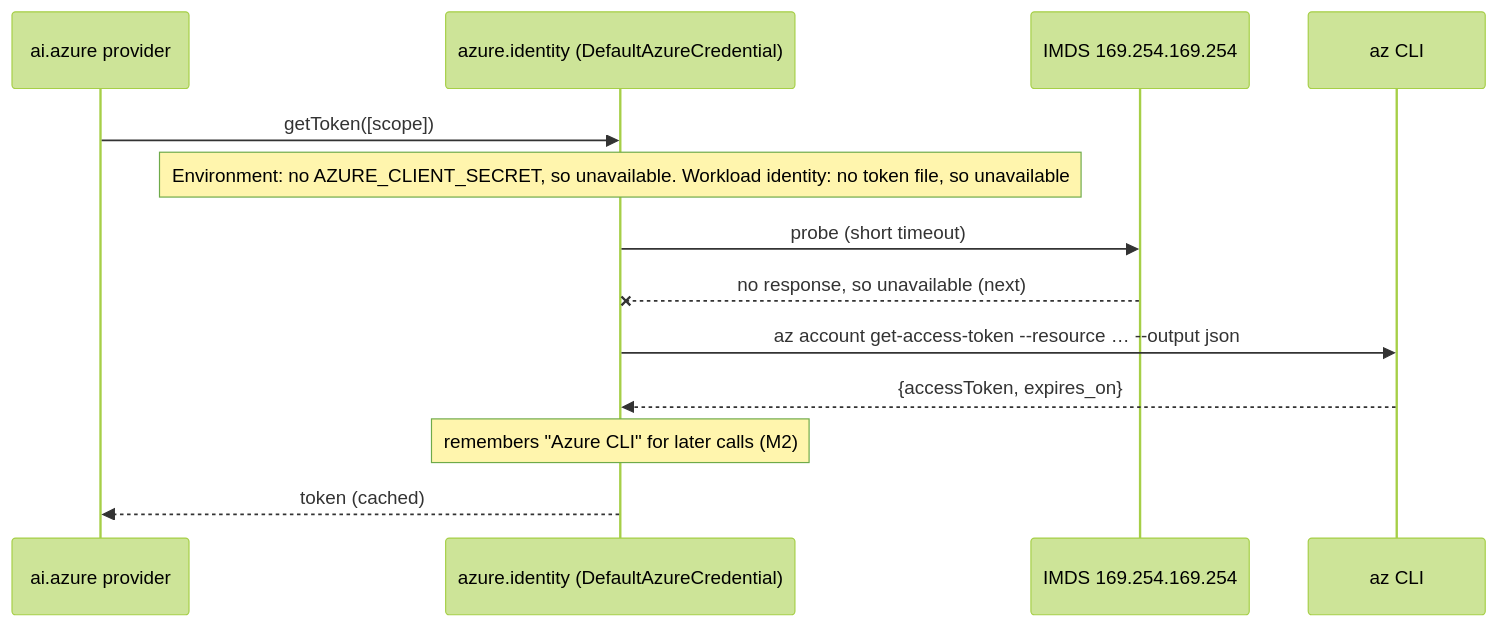
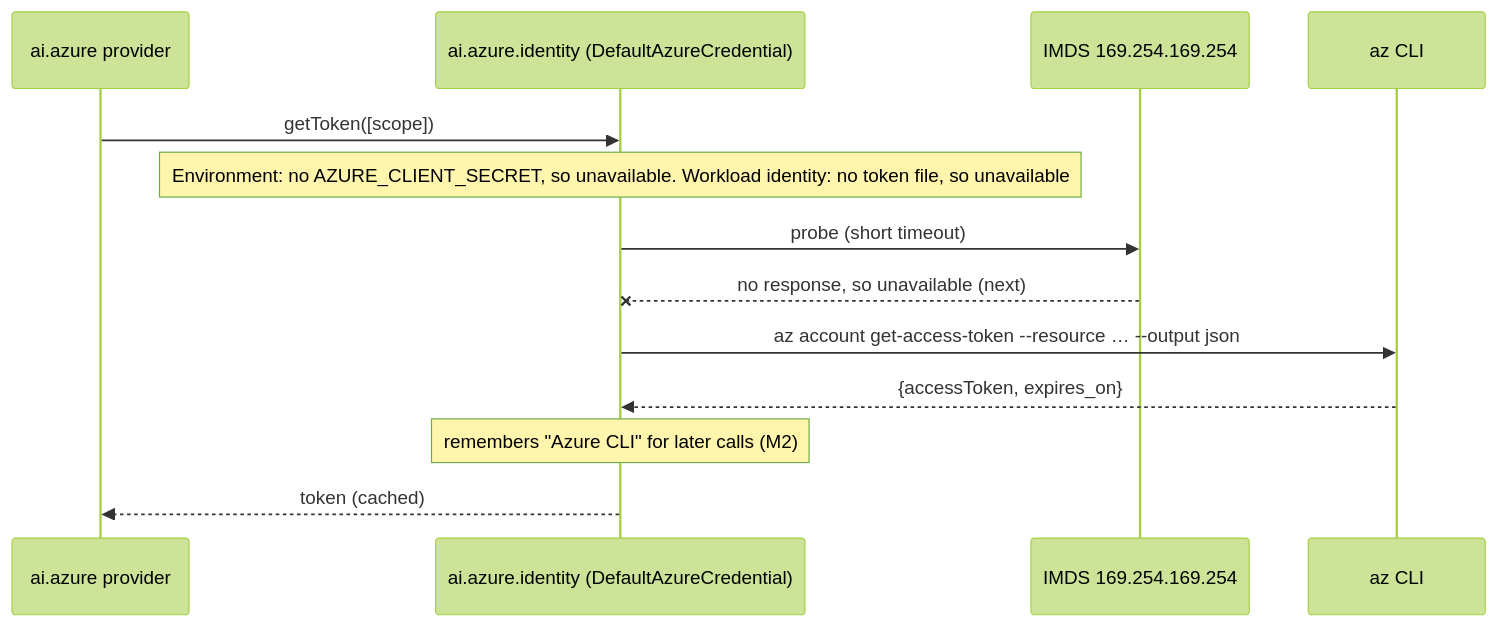
The third of 4 diagrams in docs/design/entra-auth-ai-azure.md (SahanjithD/ballerina-agents-azure-foundry), drawn with Mermaid (forest theme) before and after one commit. The commit also changed other lines of this file and 1 other file, not shown here.

First line of the commit message:
Entra auth design: keep identity inside ai.azure; add summary

````diff
--- a/docs/design/entra-auth-ai-azure.md
+++ b/docs/design/entra-auth-ai-azure.md
@@ -708,15 +739,15 @@
 ```mermaid
 sequenceDiagram
     participant AI as ai.azure provider
-    participant Cred as azure.identity (DefaultAzureCredential)
+    participant Cred as ai.azure.identity (DefaultAzureCredential)
     participant IMDS as IMDS 169.254.169.254
     participant CLI as az CLI
     AI->>Cred: getToken([scope])
     Note over Cred: Environment: no AZURE_CLIENT_SECRET, so unavailable. Workload identity: no token file, so unavailable
     Cred->>IMDS: probe (short timeout)
     IMDS--xCred: no response, so unavailable (next)
     Cred->>CLI: az account get-access-token --resource … --output json
     CLI-->>Cred: {accessToken, expires_on}
     Note over Cred: remembers "Azure CLI" for later calls (M2)
     Cred-->>AI: token (cached)
 ```
````
